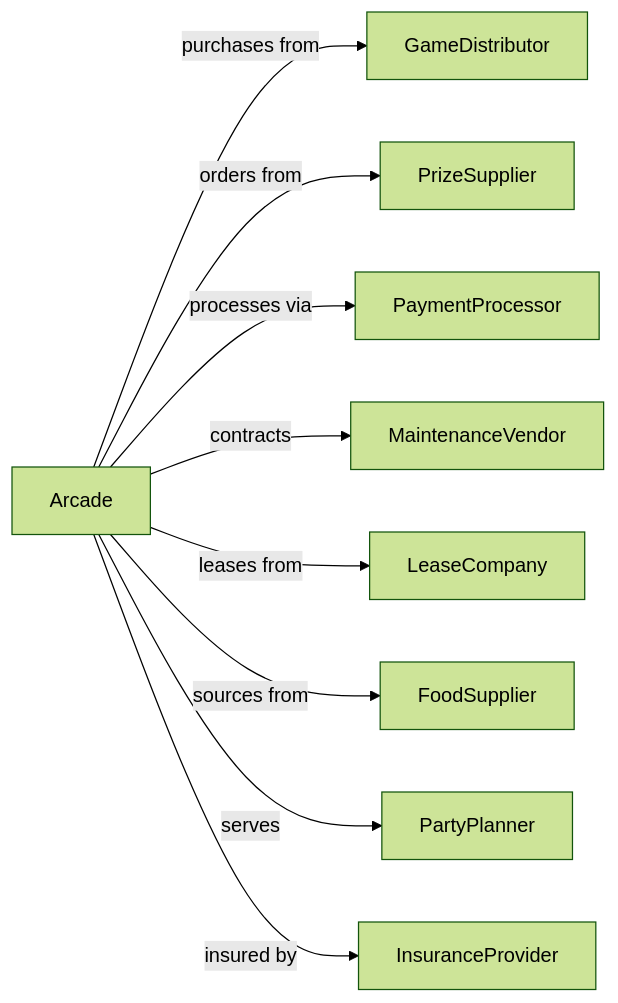
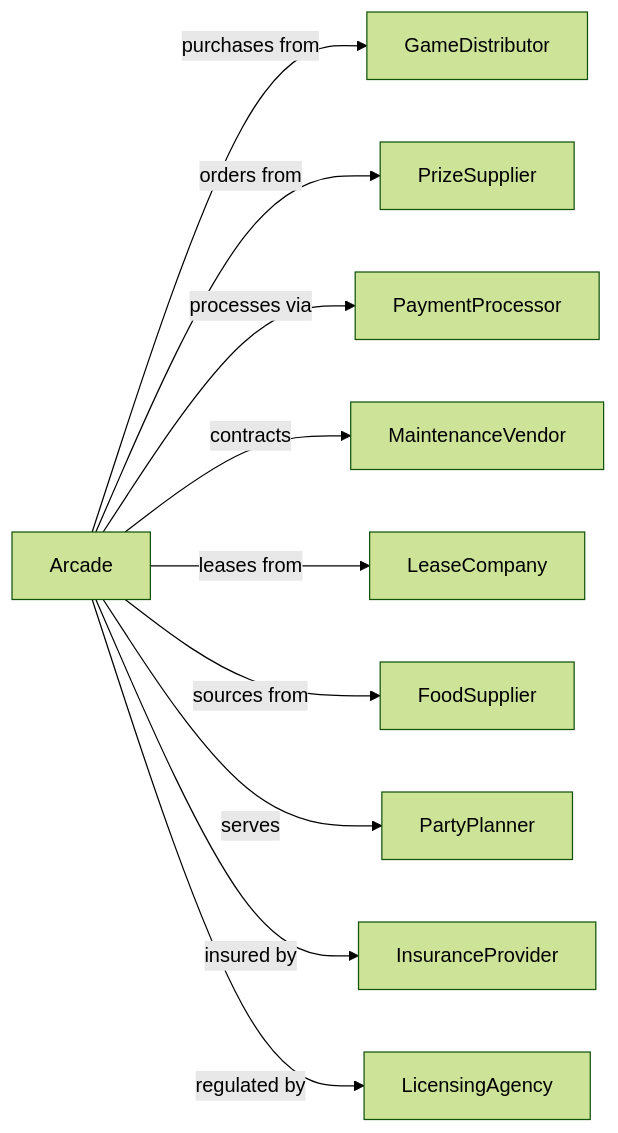
One commit to dot-org-ai/industries.org.ai changed the second of 2 diagrams in Arts/AmusementGamblingAndRecreationIndustries/AmusementParksAndArcades/AmusementArcades.mdx. Above: the diagram before and after it, drawn with Mermaid (forest theme). The commit also changed other lines of this file and 588 other files, not shown here.

````diff
--- a/Arts/AmusementGamblingAndRecreationIndustries/AmusementParksAndArcades/AmusementArcades.mdx
+++ b/Arts/AmusementGamblingAndRecreationIndustries/AmusementParksAndArcades/AmusementArcades.mdx
@@ -127,13 +127,14 @@
 ```mermaid
 graph LR
     A[Arcade]
 
     A -->|purchases from| GameDistributor
     A -->|orders from| PrizeSupplier
     A -->|processes via| PaymentProcessor
     A -->|contracts| MaintenanceVendor
     A -->|leases from| LeaseCompany
     A -->|sources from| FoodSupplier
     A -->|serves| PartyPlanner
     A -->|insured by| InsuranceProvider
+    A -->|regulated by| LicensingAgency
 ```
````
